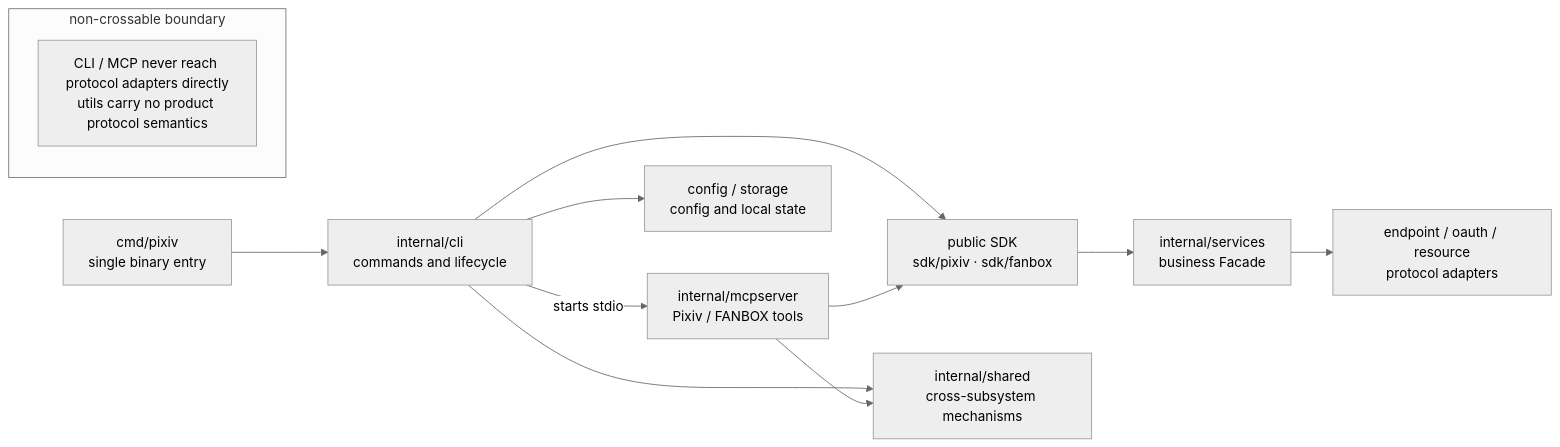
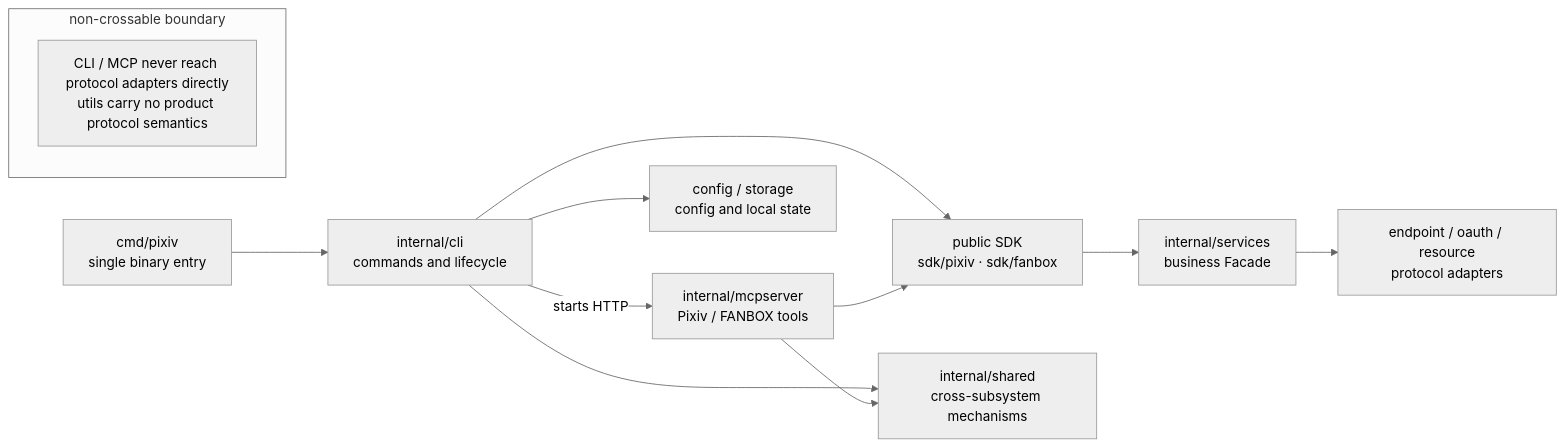
Before and after one commit to FlanChanXwO/pixiv-cli: the diagram in docs/en/maintainers/architecture.md, drawn with Mermaid (neutral theme). The commit also changed other lines of this file and 38 other files, not shown here.

Commit message:
feat(mcp)!: replace stdio with authenticated HTTP (T10)

````diff
--- a/docs/en/maintainers/architecture.md
+++ b/docs/en/maintainers/architecture.md
@@ -5,16 +5,16 @@
 ```mermaid
 flowchart LR
     ENTRY["cmd/pixiv<br/>single binary entry"] --> CLI["internal/cli<br/>commands and lifecycle"]
-    CLI -->|"starts stdio"| MCP["internal/mcpserver<br/>Pixiv / FANBOX tools"]
+    CLI -->|"starts HTTP"| MCP["internal/mcpserver<br/>Pixiv / FANBOX tools"]
     CLI --> SDK["public SDK<br/>sdk/pixiv · sdk/fanbox"]
     MCP --> SDK
     SDK --> FACADE["internal/services<br/>business Facade"]
     FACADE --> ADAPTER["endpoint / oauth / resource<br/>protocol adapters"]
     CLI --> SHARED["internal/shared<br/>cross-subsystem mechanisms"]
     MCP --> SHARED
     CLI --> STATE["config / storage<br/>config and local state"]
 
     subgraph boundary["non-crossable boundary"]
         RULE["CLI / MCP never reach protocol adapters directly<br/>utils carry no product protocol semantics"]
     end
 ```
````
